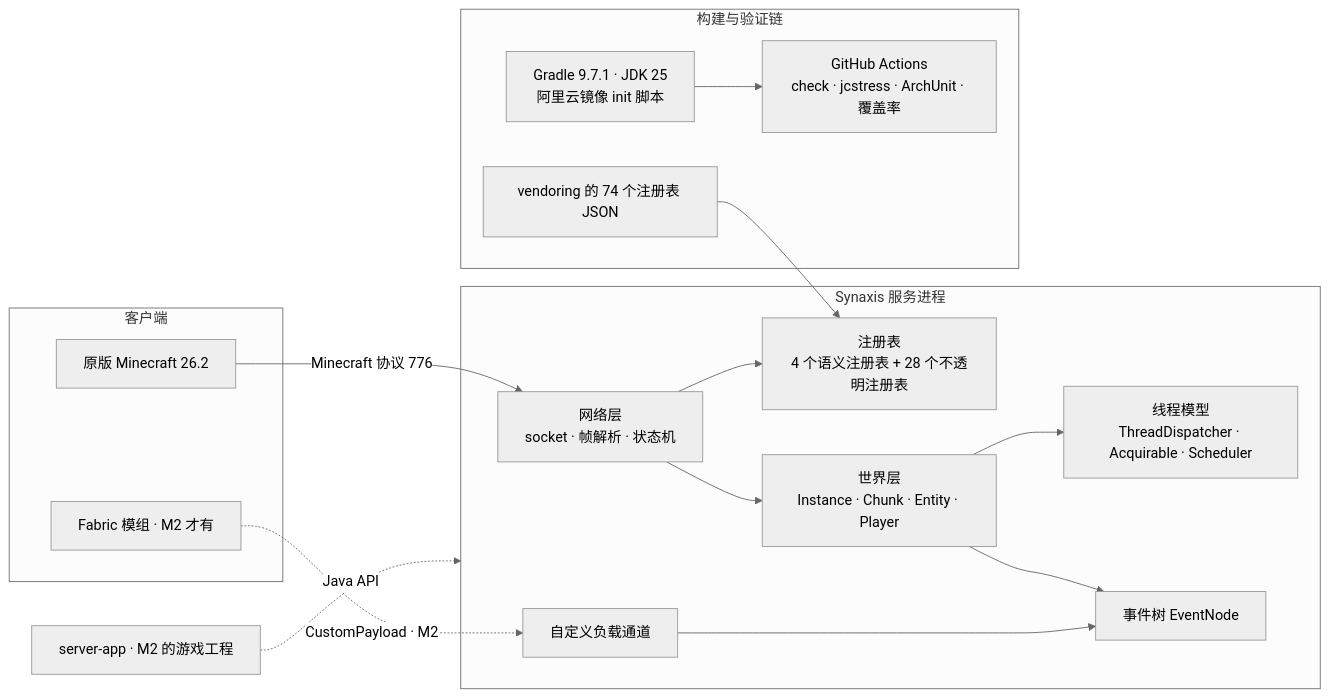
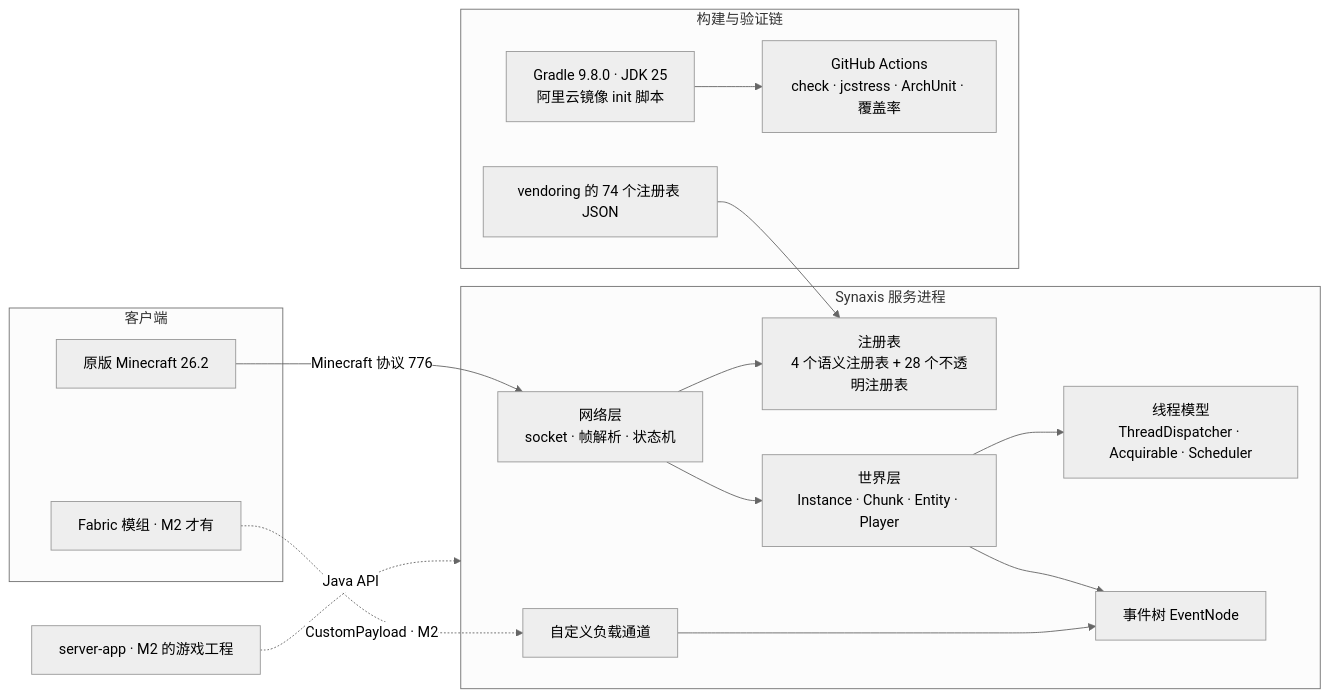
One commit to Bearisbug/synaxis changed the first of 5 diagrams in docs/DESIGN.md. Above: the diagram before and after it, drawn with Mermaid (neutral theme). The commit also changed other lines of this file and 9 other files, not shown here.

````diff
--- a/docs/DESIGN.md
+++ b/docs/DESIGN.md
@@ -129,30 +130,30 @@
 ```mermaid
 flowchart LR
   subgraph client[客户端]
     vanilla[原版 Minecraft 26.2]
     fabric[Fabric 模组 · M2 才有]
   end
   subgraph engine[Synaxis 服务进程]
     net[网络层<br/>socket · 帧解析 · 状态机]
     reg[注册表<br/>4 个语义注册表 + 28 个不透明注册表]
     world[世界层<br/>Instance · Chunk · Entity · Player]
     tick[线程模型<br/>ThreadDispatcher · Acquirable · Scheduler]
     ev[事件树 EventNode]
     payload[自定义负载通道]
   end
   subgraph build[构建与验证链]
-    gradle[Gradle 9.7.1 · JDK 25<br/>阿里云镜像 init 脚本]
+    gradle[Gradle 9.8.0 · JDK 25<br/>阿里云镜像 init 脚本]
     ci[GitHub Actions<br/>check · jcstress · ArchUnit · 覆盖率]
     data[vendoring 的 74 个注册表 JSON]
   end
   vanilla -- "Minecraft 协议 776" --> net
   fabric -. "CustomPayload · M2" .-> payload
   net --> reg
   net --> world
   world --> tick
   world --> ev
   payload --> ev
   data --> reg
   gradle --> ci
   serverapp[server-app · M2 的游戏工程] -. "Java API" .-> engine
 ```
````
